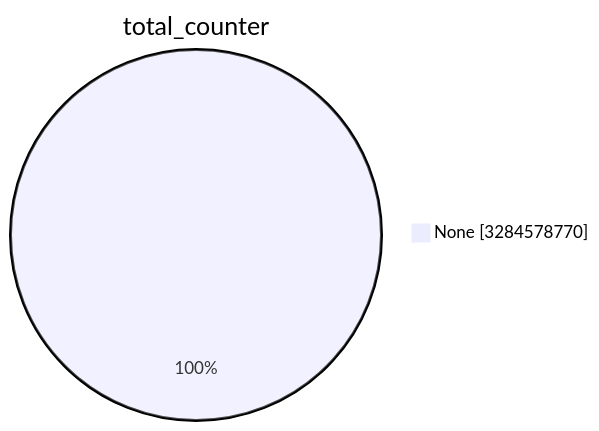
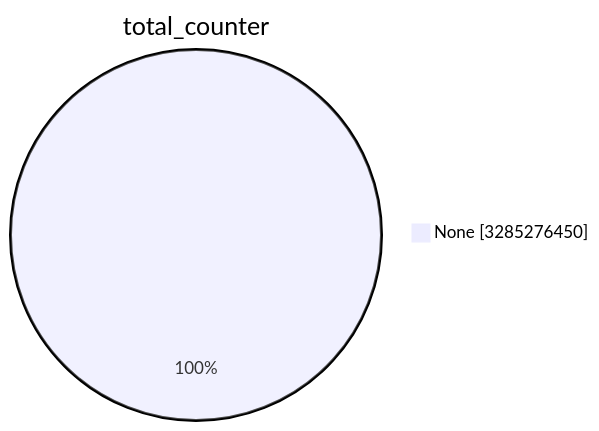
One commit to christiankrug/ctmonitor_visualization changed the first of 15 diagrams in TOTAL/README.md. Above: the diagram before and after it, drawn with Mermaid. The commit also changed other lines of this file, not shown here.

````diff
--- a/TOTAL/README.md
+++ b/TOTAL/README.md
@@ -1,5 +1,5 @@
 ```mermaid
 pie showData
 title total_counter
-"None" :3284578770
+"None" :3285276450
 ```
````
